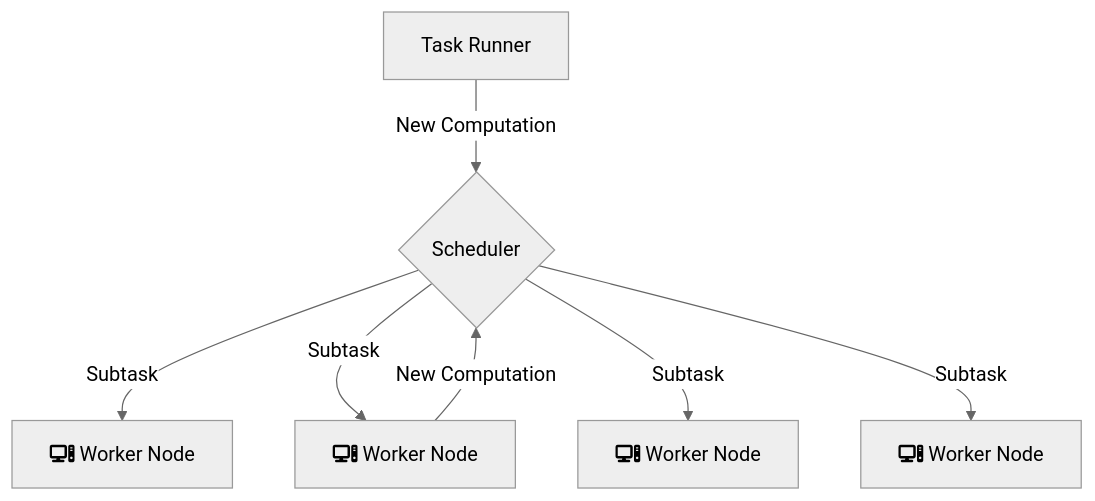
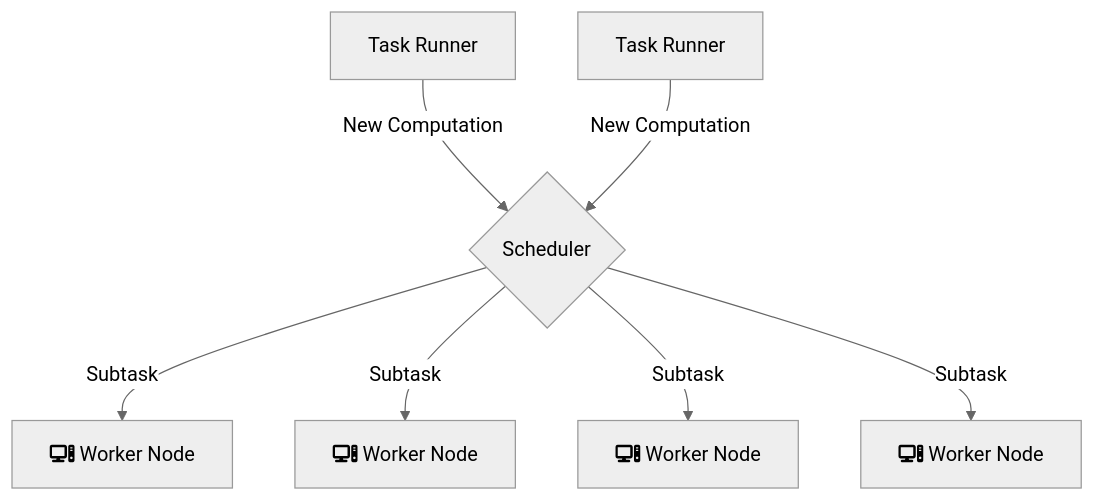
The diagram in README.md (zhuweiji/A-Basic-Autoscaling-Cloud), drawn with Mermaid (neutral theme) before and after one commit.

````diff
--- a/README.md
+++ b/README.md
@@ -10,9 +10,9 @@
 ```mermaid
 flowchart TD
     A[Task Runner] -->|New Computation| C{Scheduler}
-    E[Task Runner] -->|New Computation| C
+    Z[Task Runner] -->|New Computation| C
     C -->|Subtask| D[fa:fa-computer Worker Node]
     C -->|Subtask| E[fa:fa-computer Worker Node]
     C -->|Subtask| F[fa:fa-computer Worker Node]
     C -->|Subtask| G[fa:fa-computer Worker Node]
 ```
````
